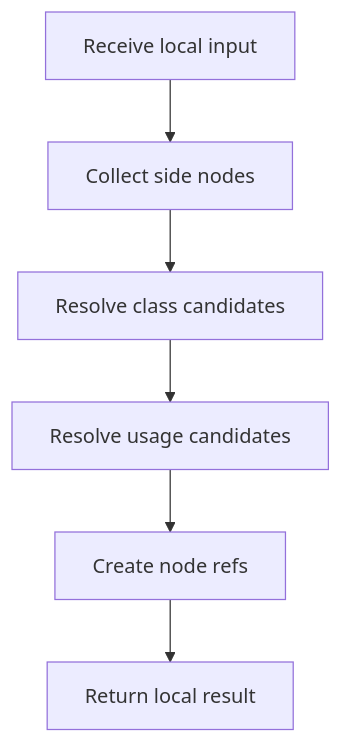
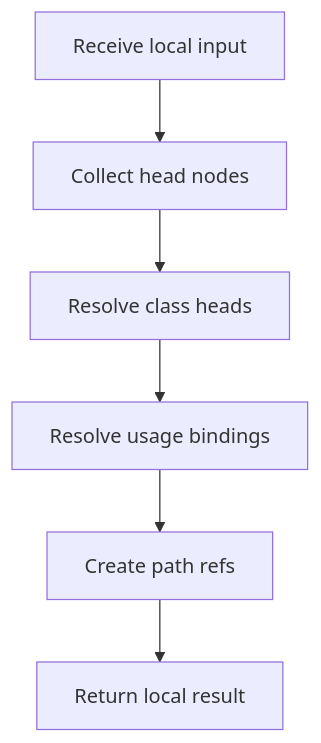
The diagram in docs/Codebase/Microservice/Modules/Source/HashingMechanism/HashLinks/Collect/core.cpp.md (JohnAndrewBalbarosa/NeoTerritory), drawn with Mermaid before and after one commit. The commit also changed other lines of this file and 147 other files, not shown here.

````diff
--- a/docs/Codebase/Microservice/Modules/Source/HashingMechanism/HashLinks/Collect/core.cpp.md
+++ b/docs/Codebase/Microservice/Modules/Source/HashingMechanism/HashLinks/Collect/core.cpp.md
@@ -24,14 +26,14 @@
 ```mermaid
 flowchart TD
     N0["Receive local input"]
-    N1["Collect side nodes"]
-    N2["Resolve class candidates"]
-    N3["Resolve usage candidates"]
-    N4["Create node refs"]
+    N1["Collect head nodes"]
+    N2["Resolve class heads"]
+    N3["Resolve usage bindings"]
+    N4["Create path refs"]
     N5["Return local result"]
     N0 --> N1
     N1 --> N2
     N2 --> N3
     N3 --> N4
     N4 --> N5
 ```
````
